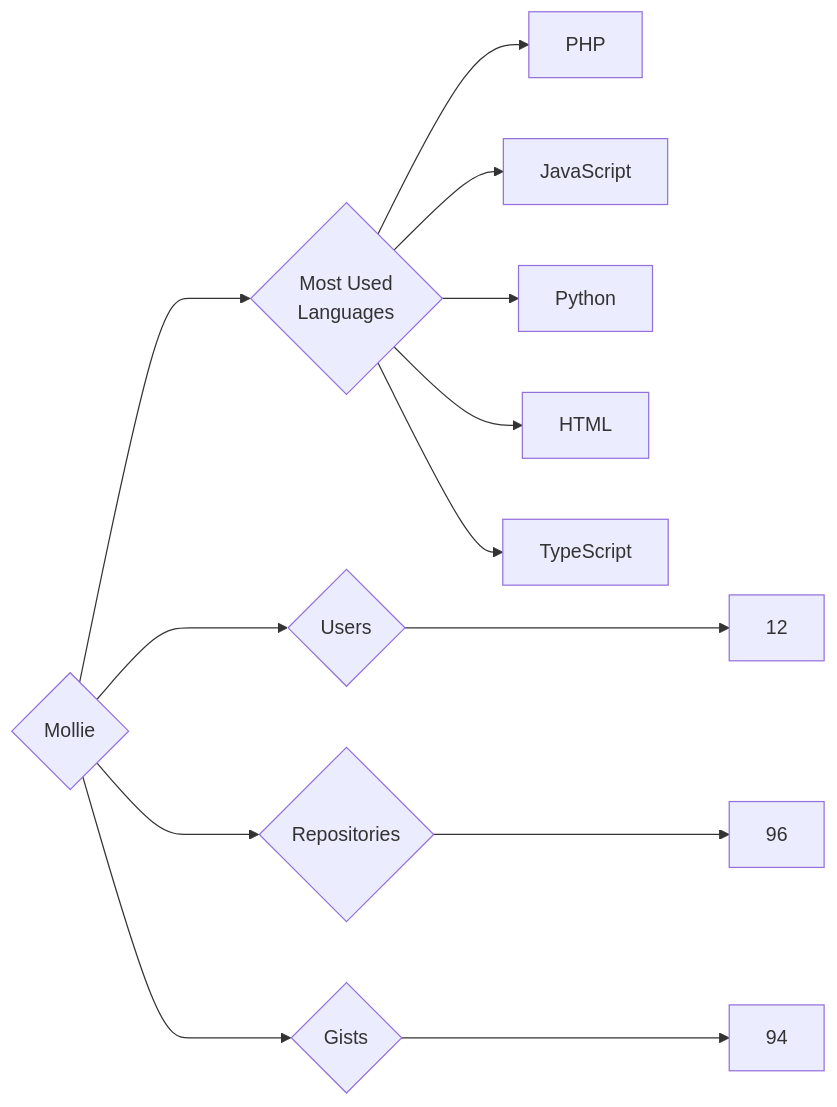
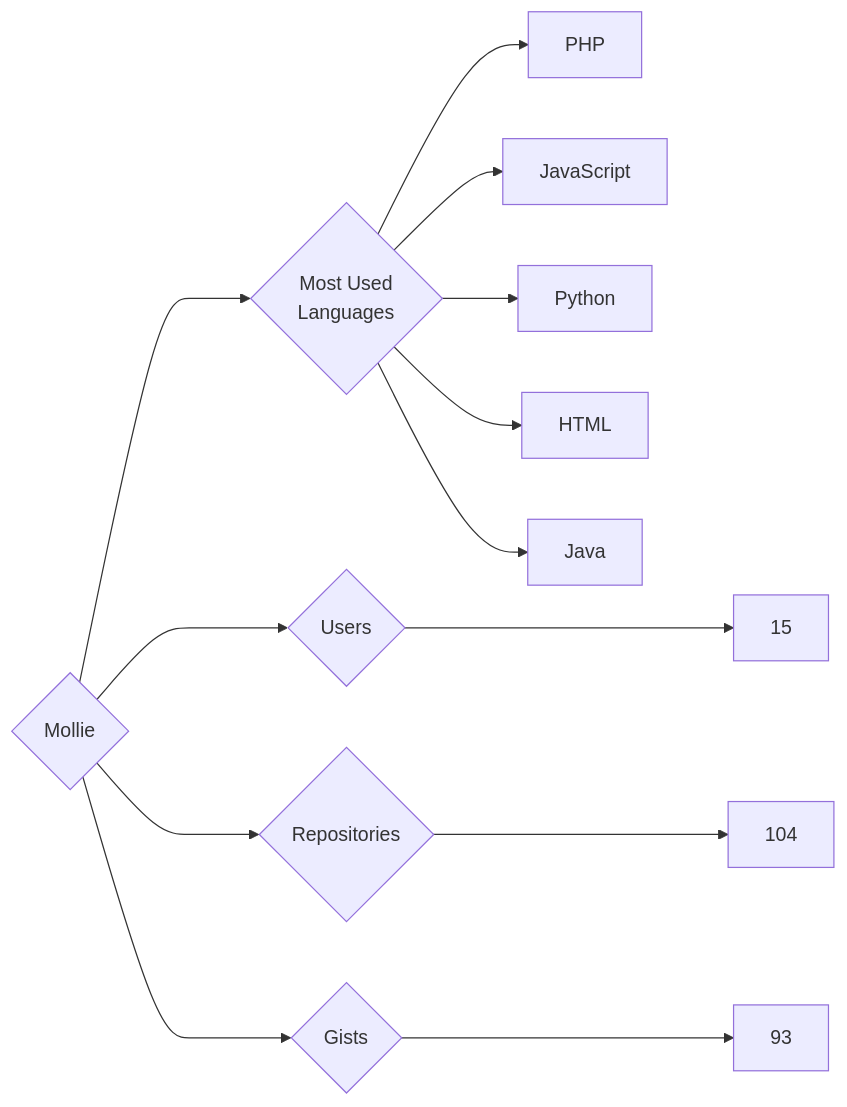
The diagram in targets/Mollie/README.md (trickest/insiders), drawn with Mermaid before and after one commit. The commit also changed 1389 other files, not shown here.

````diff
--- a/targets/Mollie/README.md
+++ b/targets/Mollie/README.md
@@ -3,13 +3,13 @@
 ```mermaid
 graph LR
 COMPANY_NAME{Mollie}
-COMPANY_NAME ---> U{Users} ---> UN[12]
-COMPANY_NAME ---> R{Repositories} ---> RN[96]
-COMPANY_NAME ---> G{Gists} ---> GN[94]
+COMPANY_NAME ---> U{Users} ---> UN[15]
+COMPANY_NAME ---> R{Repositories} ---> RN[104]
+COMPANY_NAME ---> G{Gists} ---> GN[93]
 COMPANY_NAME ---> ML{Most Used<br>Languages}
 ML --> PHP[PHP]
 ML --> JavaScript[JavaScript]
 ML --> Python[Python]
 ML --> HTML[HTML]
-ML --> TypeScript[TypeScript]
+ML --> Java[Java]
 ```
````
